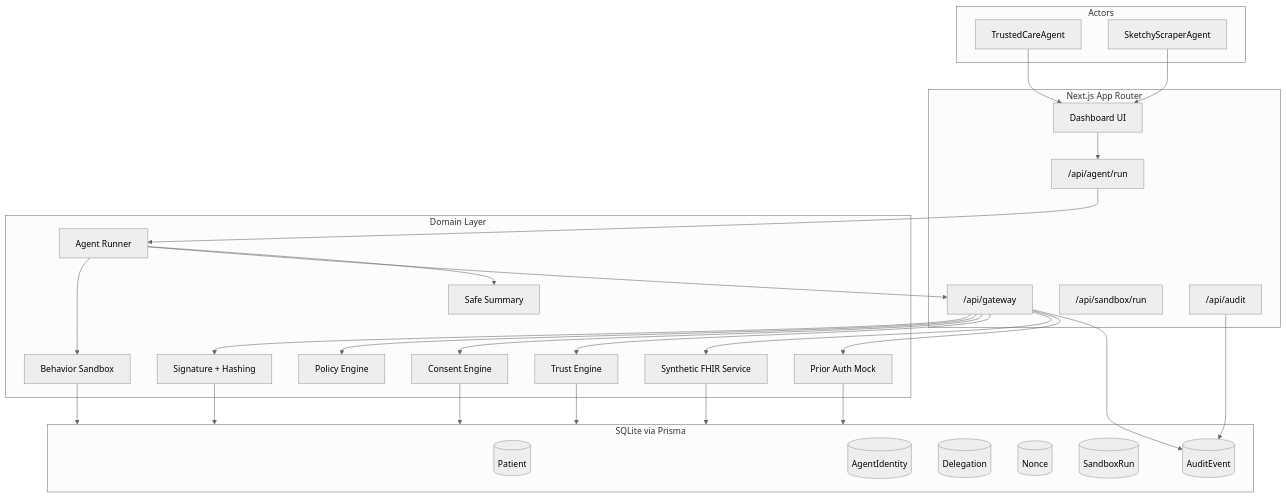
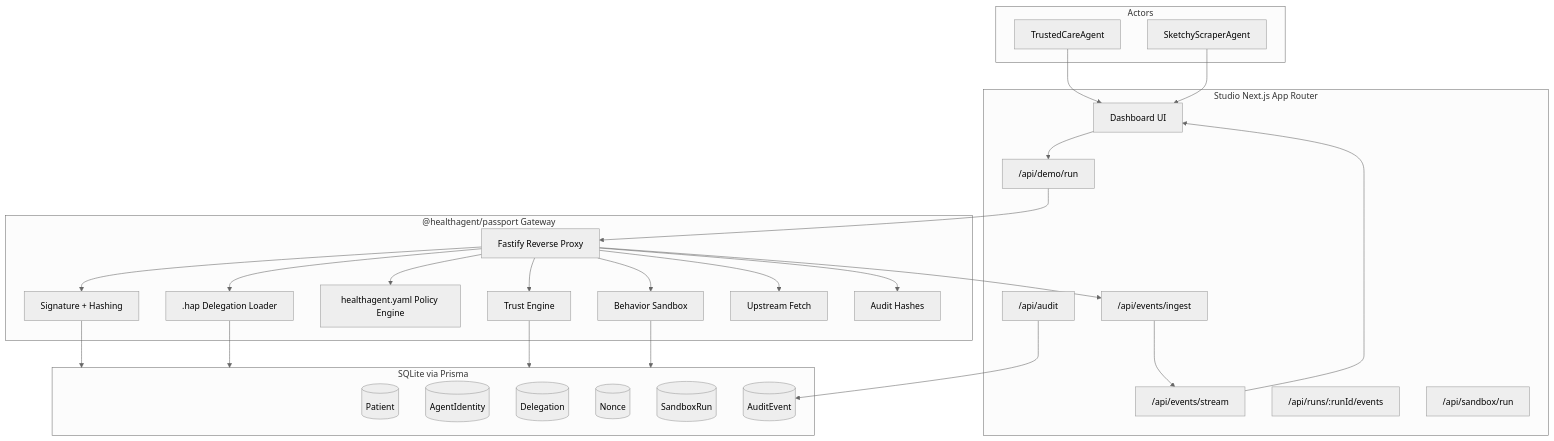
One commit to roshaninfordham/healthagentpassport changed the second of 9 diagrams in docs/architecture.md. Above: the diagram before and after it, drawn with Mermaid (neutral theme). The commit also changed other lines of this file and 56 other files, not shown here.

Commit message:
Refactor demo into installable gateway product

````diff
--- a/docs/architecture.md
+++ b/docs/architecture.md
@@ -9,58 +37,57 @@
 ```mermaid
 flowchart TB
   subgraph Actors
     Trusted[TrustedCareAgent]
     Sketchy[SketchyScraperAgent]
   end
 
-  subgraph App["Next.js App Router"]
+  subgraph App["Studio Next.js App Router"]
     UI[Dashboard UI]
-    AgentAPI["/api/agent/run"]
-    GatewayAPI["/api/gateway"]
+    DemoRun["/api/demo/run"]
+    EventIngest["/api/events/ingest"]
+    EventStream["/api/events/stream"]
+    Runs["/api/runs/:runId/events"]
     SandboxAPI["/api/sandbox/run"]
     AuditAPI["/api/audit"]
   end
 
-  subgraph Domain["Domain Layer"]
-    Runner[Agent Runner]
+  subgraph GatewayPkg["@healthagent/passport Gateway"]
+    Proxy[Fastify Reverse Proxy]
     Crypto[Signature + Hashing]
-    Consent[Consent Engine]
-    Policy[Policy Engine]
+    Consent[.hap Delegation Loader]
+    PolicyEngine[healthagent.yaml Policy Engine]
     Trust[Trust Engine]
     Sandbox[Behavior Sandbox]
-    FHIR[Synthetic FHIR Service]
-    PriorAuth[Prior Auth Mock]
-    Summary[Safe Summary]
+    Upstream[Upstream Fetch]
+    AuditEvidence[Audit Hashes]
   end
 
   subgraph Store["SQLite via Prisma"]
     P[(Patient)]
     A[(AgentIdentity)]
     D[(Delegation)]
     N[(Nonce)]
     S[(SandboxRun)]
     E[(AuditEvent)]
   end
 
   Trusted --> UI
   Sketchy --> UI
-  UI --> AgentAPI
-  AgentAPI --> Runner
-  Runner --> Sandbox
-  Runner --> GatewayAPI
-  GatewayAPI --> Crypto
-  GatewayAPI --> Policy
-  GatewayAPI --> Consent
-  GatewayAPI --> Trust
-  GatewayAPI --> FHIR
-  GatewayAPI --> PriorAuth
-  Runner --> Summary
+  UI --> DemoRun
+  DemoRun --> Proxy
+  Proxy --> Crypto
+  Proxy --> PolicyEngine
+  Proxy --> Sandbox
+  Proxy --> Consent
+  Proxy --> Trust
+  Proxy --> Upstream
+  Proxy --> AuditEvidence
+  Proxy --> EventIngest
+  EventIngest --> EventStream
+  EventStream --> UI
   Crypto --> Store
   Consent --> Store
   Trust --> Store
   Sandbox --> Store
-  FHIR --> Store
-  PriorAuth --> Store
-  GatewayAPI --> E
   AuditAPI --> E
 ```
````
